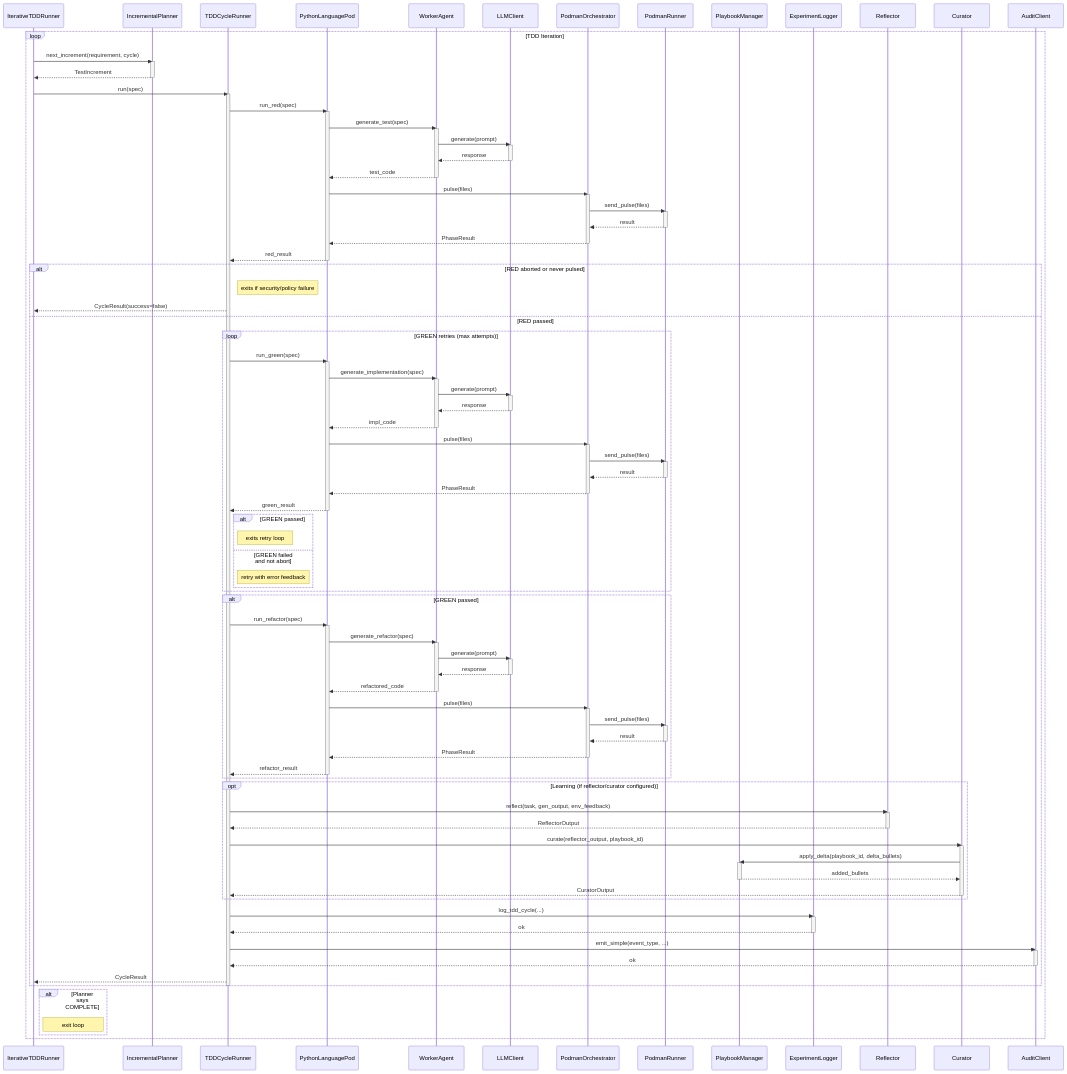
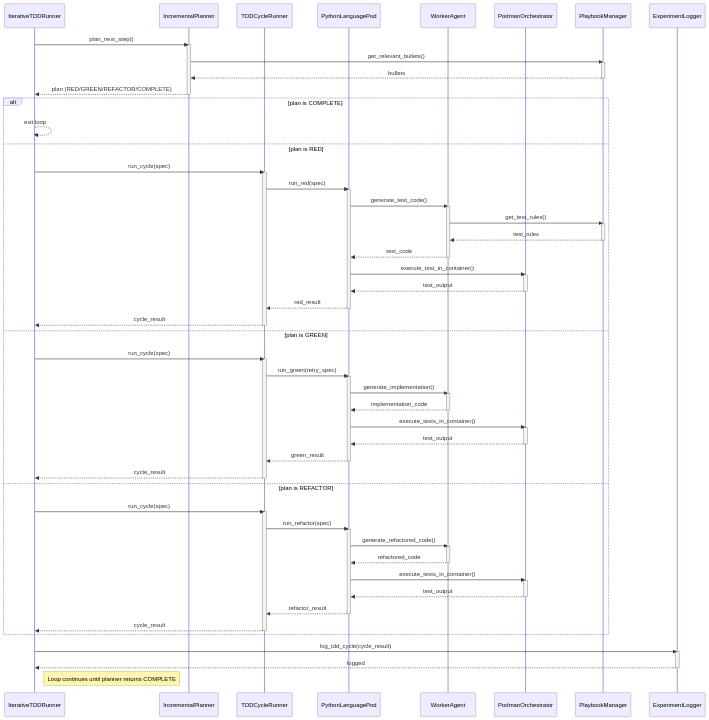
One commit to carlhuxley/ace_enterprise changed the diagram in docs/SYSTEM_ARCHITECTURE.md. Above: the diagram before and after it, drawn with Mermaid. The commit also changed other lines of this file and 4 other files, not shown here.

````diff
--- a/docs/SYSTEM_ARCHITECTURE.md
+++ b/docs/SYSTEM_ARCHITECTURE.md
@@ -47,131 +43,82 @@
     participant Cycle as TDDCycleRunner
     participant Pod as PythonLanguagePod
     participant Worker as WorkerAgent
-    participant LLM as LLMClient
     participant Orch as PodmanOrchestrator
-    participant Cont as PodmanRunner
-    participant PB as PlaybookManager
-    participant Log as ExperimentLogger
-    participant Refl as Reflector
-    participant Cur as Curator
-    participant Audit as AuditClient
+    participant PM as PlaybookManager
+    participant Logger as ExperimentLogger
 
-    loop TDD Iteration
-        Runner->>Planner: next_increment(requirement, cycle)
-        activate Planner
-        Planner-->>Runner: TestIncrement
-        deactivate Planner
+    Runner->>Planner: plan_next_step()
+    activate Planner
+    Planner->>PM: get_relevant_bullets()
+    activate PM
+    PM-->>Planner: bullets
+    deactivate PM
+    Planner-->>Runner: plan (RED/GREEN/REFACTOR/COMPLETE)
+    deactivate Planner
 
-        Runner->>Cycle: run(spec)
+    alt plan is COMPLETE
+        Runner-->>Runner: exit loop
+    else plan is RED
+        Runner->>Cycle: run_cycle(spec)
         activate Cycle
-
         Cycle->>Pod: run_red(spec)
         activate Pod
-        Pod->>Worker: generate_test(spec)
+        Pod->>Worker: generate_test_code()
         activate Worker
-        Worker->>LLM: generate(prompt)
-        activate LLM
-        LLM-->>Worker: response
-        deactivate LLM
+        Worker->>PM: get_test_rules()
+        activate PM
+        PM-->>Worker: test_rules
+        deactivate PM
         Worker-->>Pod: test_code
         deactivate Worker
-        Pod->>Orch: pulse(files)
+        Pod->>Orch: execute_test_in_container()
         activate Orch
-        Orch->>Cont: send_pulse(files)
-        activate Cont
-        Cont-->>Orch: result
-        deactivate Cont
-        Orch-->>Pod: PhaseResult
+        Orch-->>Pod: test_output
         deactivate Orch
         Pod-->>Cycle: red_result
         deactivate Pod
+        Cycle-->>Runner: cycle_result
+        deactivate Cycle
+    else plan is GREEN
+        Runner->>Cycle: run_cycle(spec)
+        activate Cycle
+        Cycle->>Pod: run_green(retry_spec)
+        activate Pod
+        Pod->>Worker: generate_implementation()
+        activate Worker
+        Worker-->>Pod: implementation_code
+        deactivate Worker
+        Pod->>Orch: execute_tests_in_container()
+        activate Orch
+        Orch-->>Pod: test_output
+        deactivate Orch
+        Pod-->>Cycle: green_result
+        deactivate Pod
+        Cycle-->>Runner: cycle_result
+        deactivate Cycle
+    else plan is REFACTOR
+        Runner->>Cycle: run_cycle(spec)
+        activate Cycle
+        Cycle->>Pod: run_refactor(spec)
+        activate Pod
+        Pod->>Worker: generate_refactored_code()
+        activate Worker
+        Worker-->>Pod: refactored_code
+        deactivate Worker
+        Pod->>Orch: execute_tests_in_container()
+        activate Orch
+        Orch-->>Pod: test_output
+        deactivate Orch
+        Pod-->>Cycle: refactor_result
+        deactivate Pod
+        Cycle-->>Runner: cycle_result
+        deactivate Cycle
+    end
 
-        alt RED aborted or never pulsed
-            Note right of Cycle: exits if security/policy failure
-            Cycle-->>Runner: CycleResult(success=false)
-        else RED passed
-            loop GREEN retries (max attempts)
-                Cycle->>Pod: run_green(spec)
-                activate Pod
-                Pod->>Worker: generate_implementation(spec)
-                activate Worker
-                Worker->>LLM: generate(prompt)
-                activate LLM
-                LLM-->>Worker: response
-                deactivate LLM
-                Worker-->>Pod: impl_code
-                deactivate Worker
-                Pod->>Orch: pulse(files)
-                activate Orch
-                Orch->>Cont: send_pulse(files)
-                activate Cont
-                Cont-->>Orch: result
-                deactivate Cont
-                Orch-->>Pod: PhaseResult
-                deactivate Orch
-                Pod-->>Cycle: green_result
-                deactivate Pod
-                alt GREEN passed
-                    Note right of Cycle: exits retry loop
-                else GREEN failed and not abort
-                    Note right of Cycle: retry with error feedback
-                end
-            end
+    Runner->>Logger: log_tdd_cycle(cycle_result)
+    activate Logger
+    Logger-->>Runner: logged
+    deactivate Logger
 
-            alt GREEN passed
-                Cycle->>Pod: run_refactor(spec)
-                activate Pod
-                Pod->>Worker: generate_refactor(spec)
-                activate Worker
-                Worker->>LLM: generate(prompt)
-                activate LLM
-                LLM-->>Worker: response
-                deactivate LLM
-                Worker-->>Pod: refactored_code
-                deactivate Worker
-                Pod->>Orch: pulse(files)
-                activate Orch
-                Orch->>Cont: send_pulse(files)
-                activate Cont
-                Cont-->>Orch: result
-                deactivate Cont
-                Orch-->>Pod: PhaseResult
-                deactivate Orch
-                Pod-->>Cycle: refactor_result
-                deactivate Pod
-            end
-
-            opt Learning (if reflector/curator configured)
-                Cycle->>Refl: reflect(task, gen_output, env_feedback)
-                activate Refl
-                Refl-->>Cycle: ReflectorOutput
-                deactivate Refl
-                Cycle->>Cur: curate(reflector_output, playbook_id)
-                activate Cur
-                Cur->>PB: apply_delta(playbook_id, delta_bullets)
-                activate PB
-                PB-->>Cur: added_bullets
-                deactivate PB
-                Cur-->>Cycle: CuratorOutput
-                deactivate Cur
-            end
-
-            Cycle->>Log: log_tdd_cycle(...)
-            activate Log
-            Log-->>Cycle: ok
-            deactivate Log
-
-            Cycle->>Audit: emit_simple(event_type, ...)
-            activate Audit
-            Audit-->>Cycle: ok
-            deactivate Audit
-
-            Cycle-->>Runner: CycleResult
-        end
-        deactivate Cycle
-
-        alt Planner says COMPLETE
-            Note right of Runner: exit loop
-        end
-    end
+    Note right of Runner: Loop continues until planner returns COMPLETE
 ```
````
